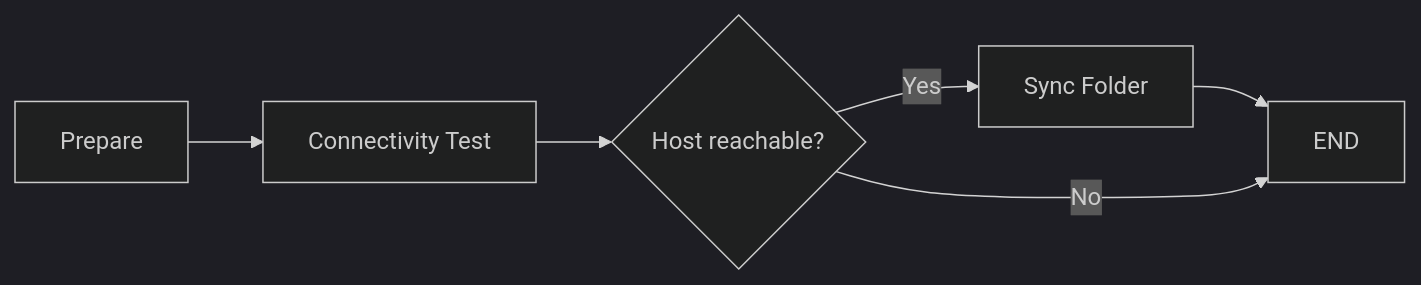
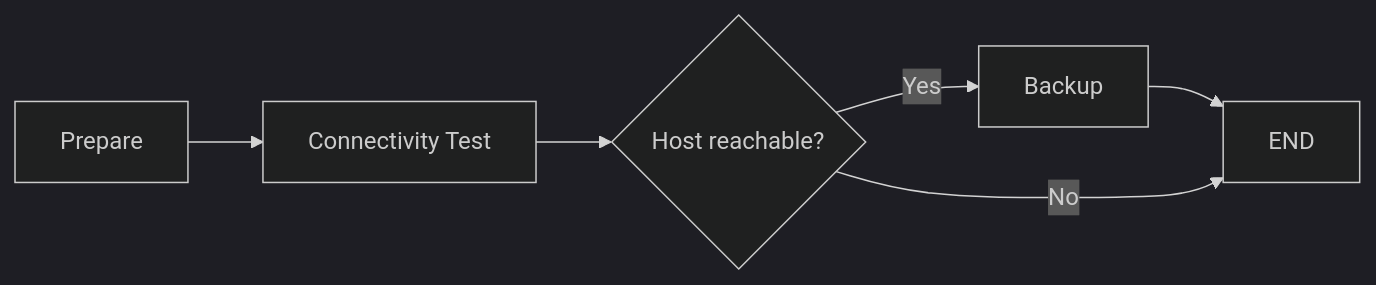
One commit to R-dVL/automation-lab changed the second of 4 diagrams in README.md. Above: the diagram before and after it, drawn with Mermaid (dark theme). The commit also changed other lines of this file, not shown here.

````diff
--- a/README.md
+++ b/README.md
@@ -61,8 +60,8 @@
 ```mermaid
 flowchart LR
 	A[Prepare] --> B[Connectivity Test]
 	B --> C{Host reachable?}
-    C -- Yes --> D[Sync Folder]
+    C -- Yes --> D[Backup]
     D --> F[END]
     C -- No --> F
 ```
````
